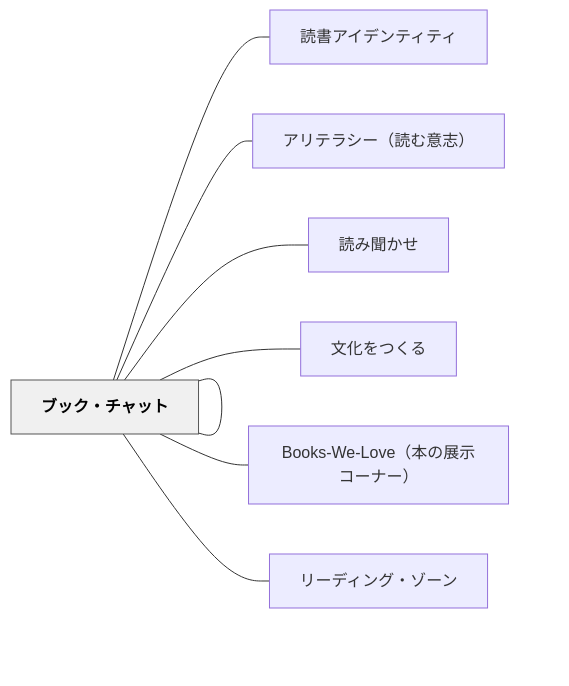
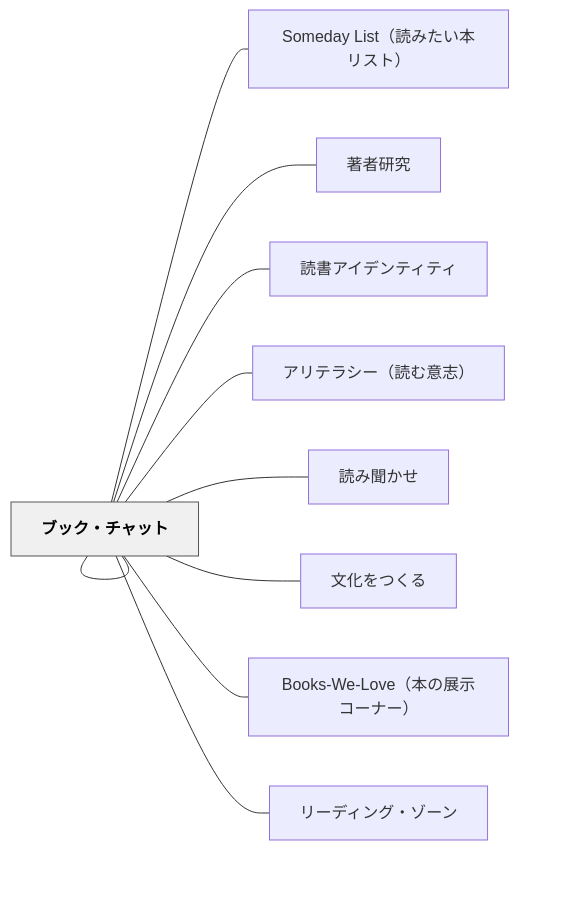
Before and after one commit to unknownthings-ed-patterns/unknownthings-ed-patterns: the diagram in content/パタン/ブック・トーク.md, drawn with Mermaid. The commit also changed other lines of this file and 473 other files, not shown here.

````diff
--- a/content/パタン/ブック・トーク.md
+++ b/content/パタン/ブック・トーク.md
@@ -100,22 +102,26 @@
 ```mermaid
 flowchart LR
     ne38396e38383["ブック・トーク"]
+    n536f6d656461["Someday List（読みたい本リスト）"]
+    ne89197e88085["著者研究"]
     ne38396e38383["ブック・チャット"]
     ne8aaade69bb8["読書アイデンティティ"]
     ne382a2e383aa["アリテラシー（読む意志）"]
     ne8aaade381bf["読み聞かせ"]
     ne69687e58c96["文化をつくる"]
     n426f6f6b732d["Books-We-Love（本の展示コーナー）"]
     ne383aae383bc["リーディング・ゾーン"]
 
+    ne38396e38383 --- n536f6d656461
+    ne38396e38383 --- ne89197e88085
     ne38396e38383 --- ne38396e38383
     ne38396e38383 --- ne8aaade69bb8
     ne38396e38383 --- ne382a2e383aa
     ne38396e38383 --- ne8aaade381bf
     ne38396e38383 --- ne69687e58c96
     ne38396e38383 --- n426f6f6b732d
     ne38396e38383 --- ne383aae383bc
 
     classDef hub fill:#f0f0f0,stroke:#555,color:#000,font-weight:bold
     class ne38396e38383 hub
 ```
````
